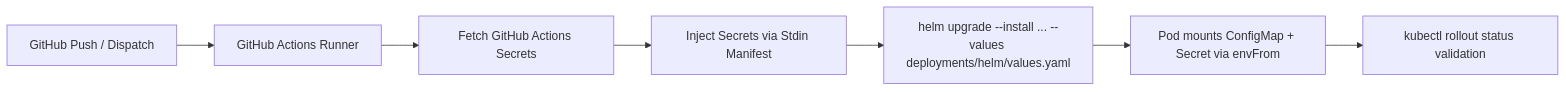
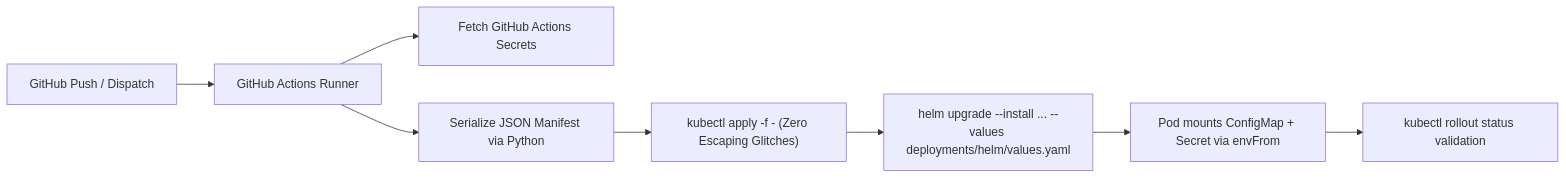
Before and after one commit to Gemejime/Embedding-Reranker-Pools: the diagram in deployments/SECRET_MANAGEMENT.md, drawn with Mermaid. The commit also changed other lines of this file and 10 other files, not shown here.

````diff
--- a/deployments/SECRET_MANAGEMENT.md
+++ b/deployments/SECRET_MANAGEMENT.md
@@ -45,9 +49,10 @@
 ```mermaid
 flowchart LR
     A["GitHub Push / Dispatch"] --> B["GitHub Actions Runner"]
     B --> C["Fetch GitHub Actions Secrets"]
-    C --> D["Inject Secrets via Stdin Manifest"]
-    D --> E["helm upgrade --install ... --values deployments/helm/values.yaml"]
-    E --> F["Pod mounts ConfigMap + Secret via envFrom"]
-    F --> G["kubectl rollout status validation"]
+    B --> D["Serialize JSON Manifest via Python"]
+    D --> E["kubectl apply -f - (Zero Escaping Glitches)"]
+    E --> F["helm upgrade --install ... --values deployments/helm/values.yaml"]
+    F --> G["Pod mounts ConfigMap + Secret via envFrom"]
+    G --> H["kubectl rollout status validation"]
 ```
````
